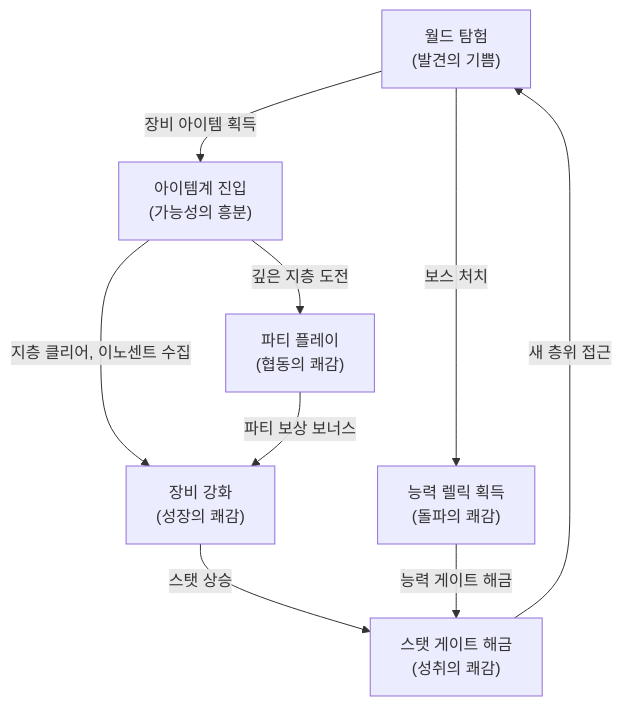
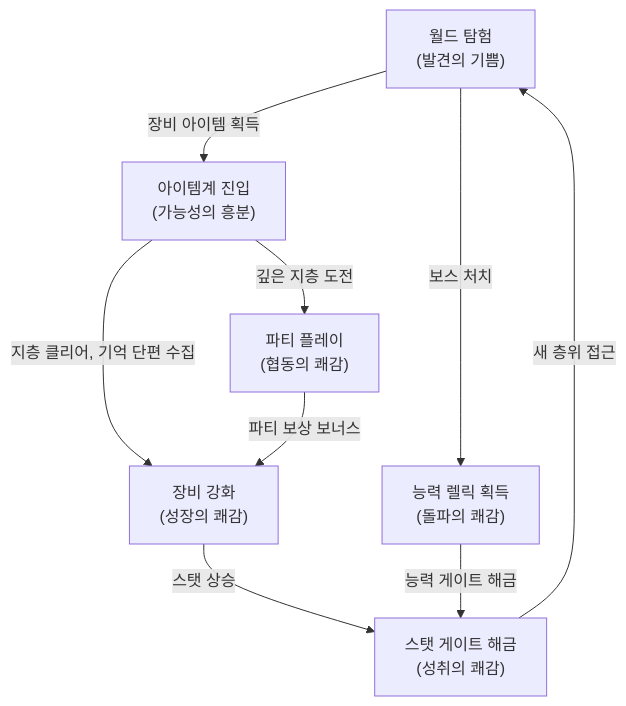
The first of 4 diagrams in Documents/Design/Design_CoreLoop_Circulation.md (Biskraft/ProjectAbyss), drawn with Mermaid before and after one commit. The commit also changed other lines of this file and 197 other files, not shown here.

````diff
--- a/Documents/Design/Design_CoreLoop_Circulation.md
+++ b/Documents/Design/Design_CoreLoop_Circulation.md
@@ -70,13 +70,13 @@
 ```mermaid
 graph TD
     A["월드 탐험<br/>(발견의 기쁨)"] -->|장비 아이템 획득| B["아이템계 진입<br/>(가능성의 흥분)"]
-    B -->|지층 클리어, 이노센트 수집| C["장비 강화<br/>(성장의 쾌감)"]
+    B -->|지층 클리어, 기억 단편 수집| C["장비 강화<br/>(성장의 쾌감)"]
     C -->|스탯 상승| D["스탯 게이트 해금<br/>(성취의 쾌감)"]
     D -->|새 층위 접근| A
 
     A -->|보스 처치| E["능력 렐릭 획득<br/>(돌파의 쾌감)"]
     E -->|능력 게이트 해금| D
 
     B -->|깊은 지층 도전| F["파티 플레이<br/>(협동의 쾌감)"]
     F -->|파티 보상 보너스| C
 ```
````
